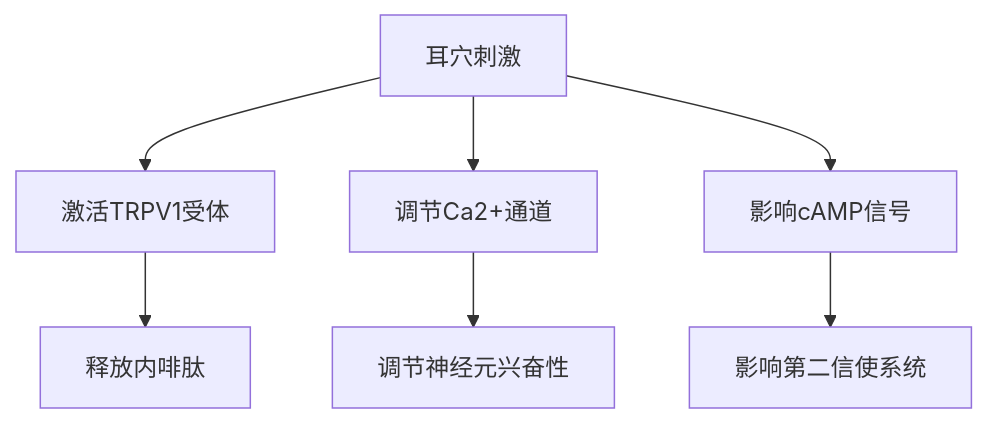
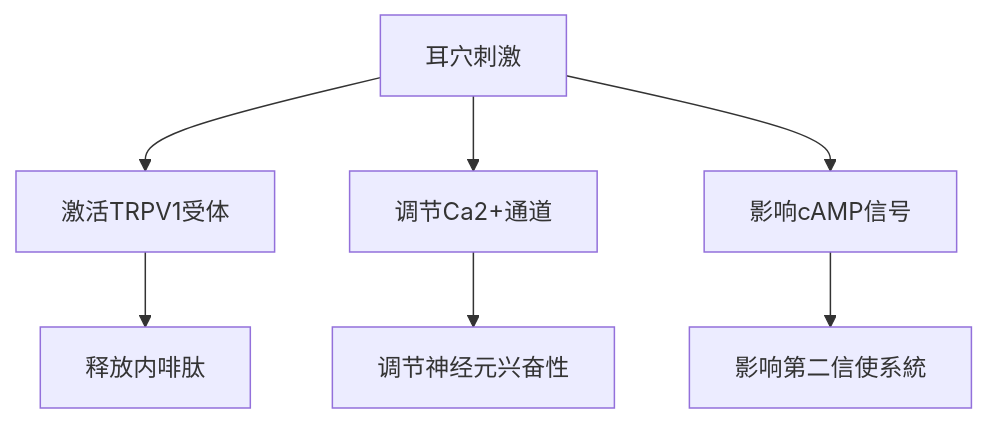
One commit to kmjade/knowledge-value changed the third of 5 diagrams in 3 Resources/01-Tech/🏥 专业知识/耳穴知识库/06-研究文献/现代研究荟萃.md. Above: the diagram before and after it, drawn with Mermaid. The commit also changed other lines of this file and 653 other files, not shown here.

````diff
--- a/3 Resources/01-Tech/🏥 专业知识/耳穴知识库/06-研究文献/现代研究荟萃.md
+++ b/3 Resources/01-Tech/🏥 专业知识/耳穴知识库/06-研究文献/现代研究荟萃.md
@@ -131,10 +131,10 @@
 ```mermaid
 graph TD
     A[耳穴刺激] --> B[激活TRPV1受体]
     A --> C[调节Ca2+通道]
     A --> D[影响cAMP信号]
     
     B --> E[释放内啡肽]
     C --> F[调节神经元兴奋性]
-    D --> G[影响第二信使系统]
+    D --> G[影响第二信使系統]
 ```
````
